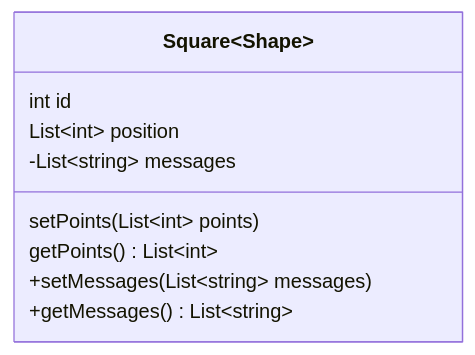
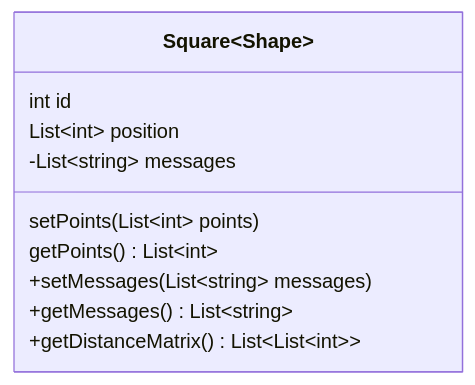
One commit to mermaid-js/mermaid changed the seventh of 21 diagrams in docs/syntax/classDiagram.md. Above: the diagram before and after it, drawn with Mermaid. The commit also changed other lines of this file and 10 other files, not shown here.

Commit message:
docs(classDiagram): add nested generic type example in docs

````diff
--- a/docs/syntax/classDiagram.md
+++ b/docs/syntax/classDiagram.md
@@ -227,13 +228,14 @@
 ```mermaid
 classDiagram
 class Square~Shape~{
     int id
     List~int~ position
     setPoints(List~int~ points)
     getPoints() List~int~
 }
 
 Square : -List~string~ messages
 Square : +setMessages(List~string~ messages)
 Square : +getMessages() List~string~
+Square : +getDistanceMatrix() List~List~int~~
 ```
````
